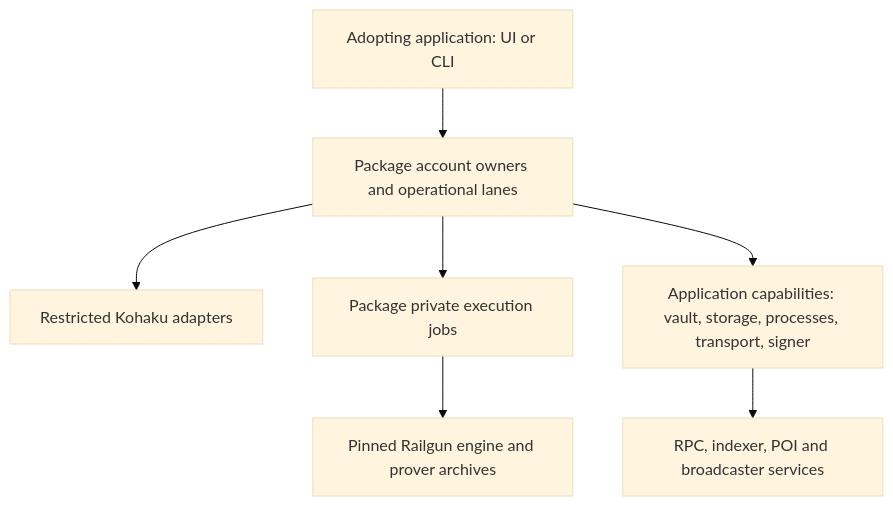
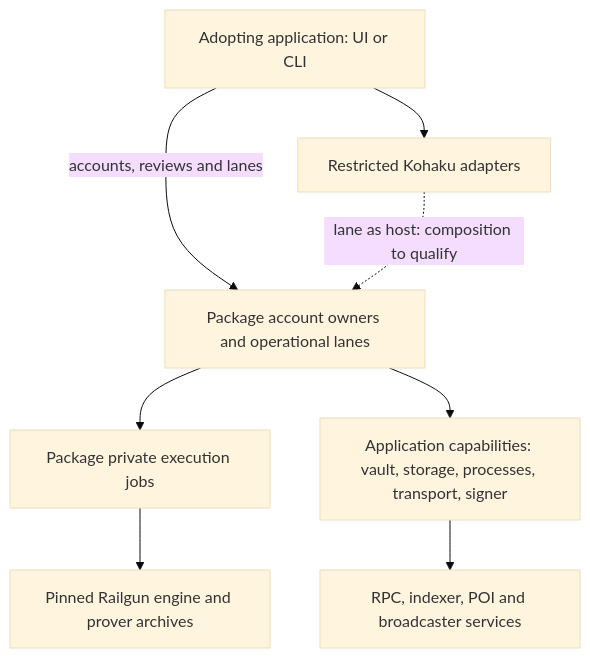
The diagram in docs/review/ARCHITECTURE.md (solardev-xyz/railgun-kohaku-adapter), drawn with Mermaid (base theme) before and after one commit. The commit also changed other lines of this file and 7 other files, not shown here.

Commit message:
docs(adoption): clarify owner composition and reference host requirements

````diff
--- a/docs/review/ARCHITECTURE.md
+++ b/docs/review/ARCHITECTURE.md
@@ -7,16 +7,17 @@
 ```mermaid
 flowchart TD
     App[Adopting application: UI or CLI]
     Owner[Package account owners and operational lanes]
     Adapter[Restricted Kohaku adapters]
     Host[Application capabilities: vault, storage, processes, transport, signer]
     Jobs[Package private execution jobs]
     Runtime[Pinned Railgun engine and prover archives]
     Network[RPC, indexer, POI and broadcaster services]
-    App --> Owner
-    Owner --> Adapter
+    App -->|accounts, reviews and lanes| Owner
+    App --> Adapter
+    Adapter -.->|lane as host: composition to qualify| Owner
     Owner --> Jobs
     Owner --> Host
     Jobs --> Runtime
     Host --> Network
 ```
````
